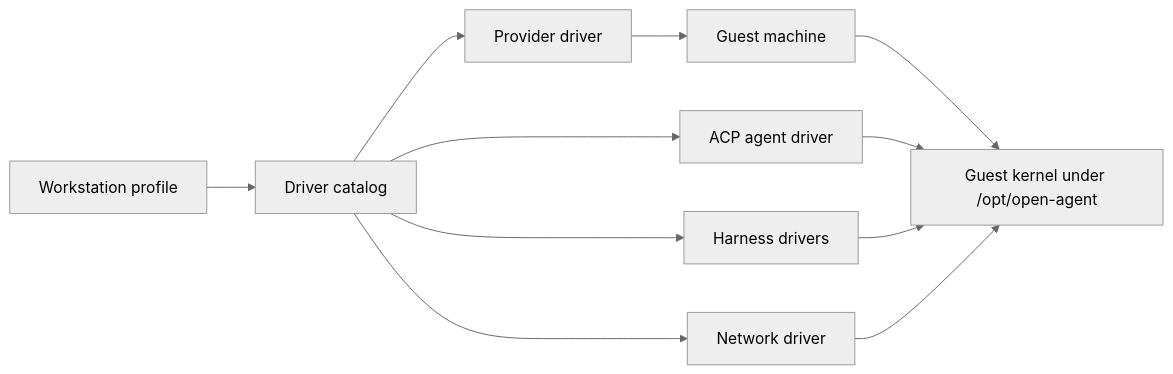
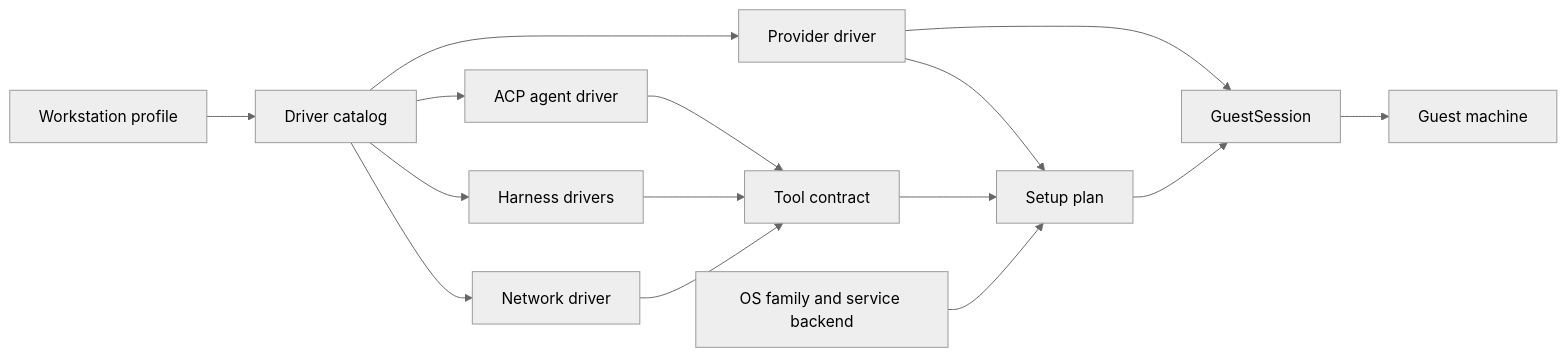
One commit to alvis/agent-sprite changed the diagram in ARCHITECTURE.md. Above: the diagram before and after it, drawn with Mermaid (neutral theme). The commit also changed other lines of this file and 3 other files, not shown here.

Commit message:
docs: describe host-driven guest setup and the sh self-maintenance layer

````diff
--- a/ARCHITECTURE.md
+++ b/ARCHITECTURE.md
@@ -29,13 +29,17 @@
 ```mermaid
 flowchart LR
   Profile[Workstation profile] --> Catalog[Driver catalog]
   Catalog --> Provider[Provider driver]
   Catalog --> Agent[ACP agent driver]
   Catalog --> Harness[Harness drivers]
   Catalog --> Network[Network driver]
-  Provider --> Guest[Guest machine]
-  Guest --> Kernel[Guest kernel under /opt/open-agent]
-  Agent --> Kernel
-  Harness --> Kernel
-  Network --> Kernel
+  Provider --> Session[GuestSession]
+  Agent --> Tools[Tool contract]
+  Harness --> Tools
+  Network --> Tools
+  Tools --> Plan[Setup plan]
+  Provider --> Plan
+  OS[OS family and service backend] --> Plan
+  Plan --> Session
+  Session --> Guest[Guest machine]
 ```
````
